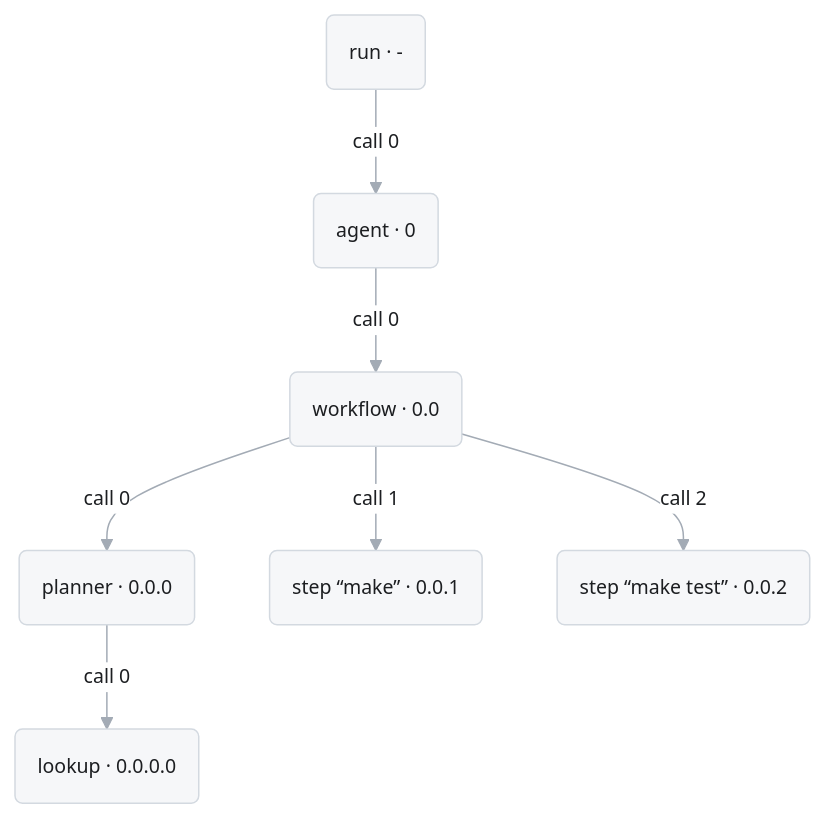
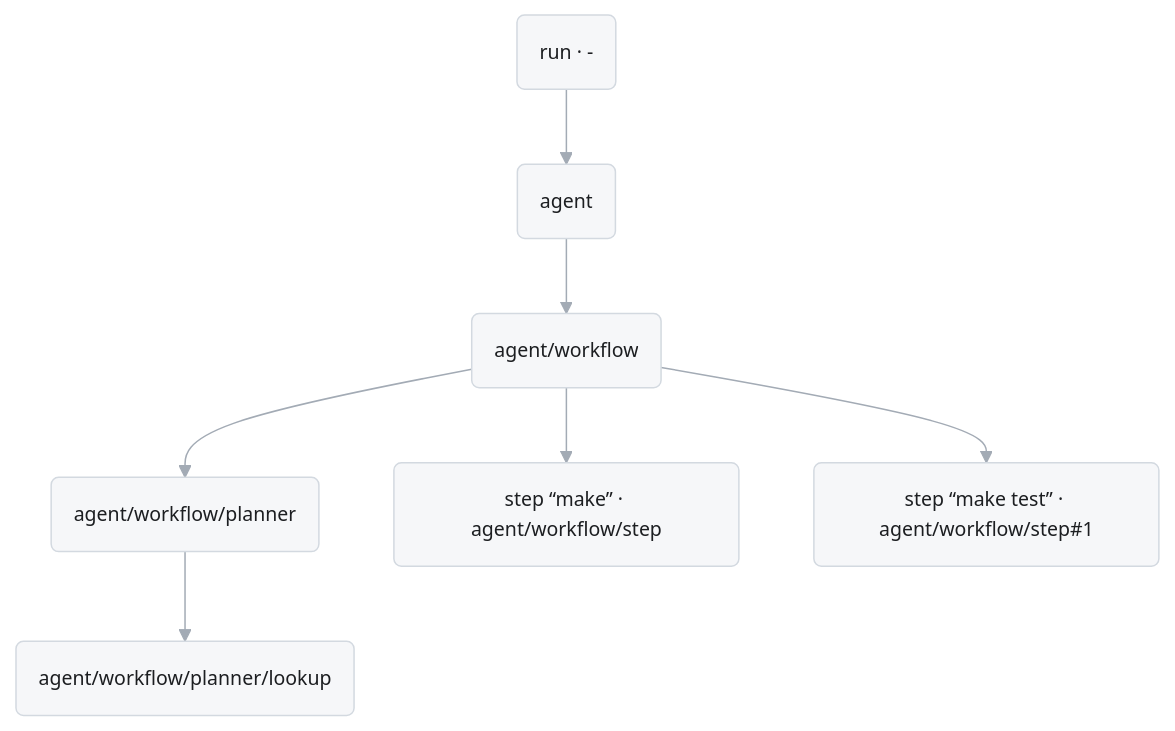
The fifth of 6 diagrams in docs/agent-api.md (pku-xht/alaya), drawn with Mermaid before and after one commit. The commit also changed other lines of this file and 37 other files, not shown here.

````diff
--- a/docs/agent-api.md
+++ b/docs/agent-api.md
@@ -575,10 +580,10 @@
 ```mermaid
 %%{init: {"theme": "base", "themeVariables": {"fontFamily": "BlinkMacSystemFont, Segoe UI, Helvetica, Arial", "fontSize": "13px", "primaryColor": "#f6f7f9", "primaryTextColor": "#1c1e21", "primaryBorderColor": "#d3d9e0", "lineColor": "#a3abb5", "textColor": "#6f7985", "edgeLabelBackground": "#ffffff", "clusterBkg": "#fafbfc", "clusterBorder": "#e3e6ea"}}}%%
 flowchart TD
-  run("run · -") -- "call 0" --> agent("agent · 0") -- "call 0" --> workflow("workflow · 0.0")
-  workflow -- "call 0" --> planner("planner · 0.0.0")
-  workflow -- "call 1" --> make("step “make” · 0.0.1")
-  workflow -- "call 2" --> test("step “make test” · 0.0.2")
-  planner -- "call 0" --> lookup("lookup · 0.0.0.0")
+  run("run · -") --> agent("agent") --> workflow("agent/workflow")
+  workflow --> planner("agent/workflow/planner")
+  workflow --> make("step “make” · agent/workflow/step")
+  workflow --> test("step “make test” · agent/workflow/step#1")
+  planner --> lookup("agent/workflow/planner/lookup")
   linkStyle default stroke-width:1px
 ```
````
